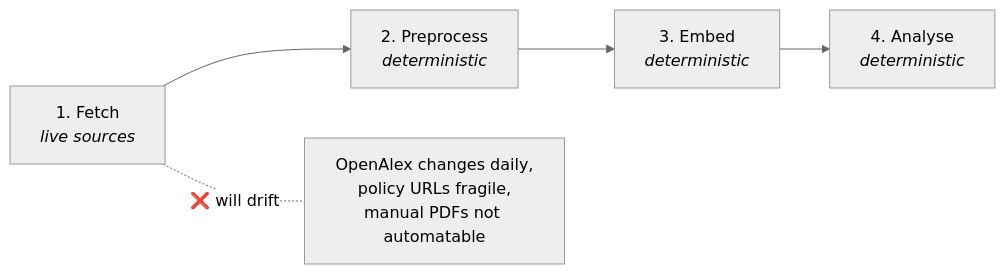
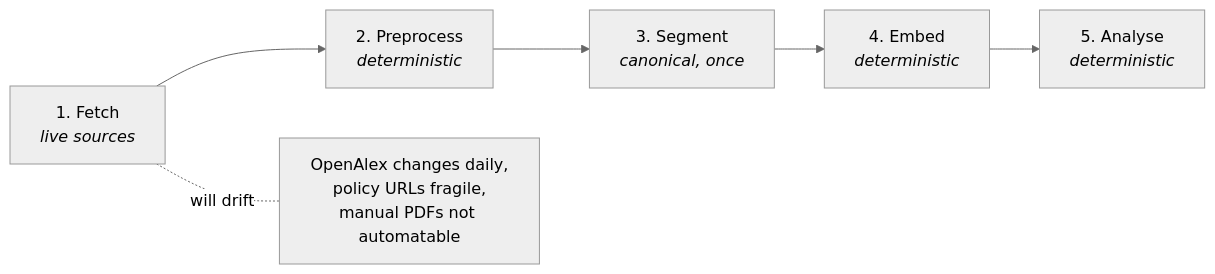
Before and after one commit to qmanhbeo/msc-dissertation-leo: the second of 2 diagrams in README.md, drawn with Mermaid (neutral theme). The commit also changed other lines of this file and 1 other file, not shown here.

First line of the commit message:
Fix README stale flags, paths, mermaid syntax, and counts

````diff
--- a/README.md
+++ b/README.md
@@ -220,7 +222,8 @@
 ```mermaid
 flowchart LR
     Fetch["1. Fetch<br><em>live sources</em>"] --> Preproc["2. Preprocess<br><em>deterministic</em>"]
-    Preproc --> Embed["3. Embed<br><em>deterministic</em>"]
-    Embed --> Analyse["4. Analyse<br><em>deterministic</em>"]
-    Fetch -.-|"❌ will drift"| Note["OpenAlex changes daily,<br>policy URLs fragile,<br>manual PDFs not automatable"]
+    Preproc --> Seg["3. Segment<br><em>canonical, once</em>"]
+    Seg --> Embed["4. Embed<br><em>deterministic</em>"]
+    Embed --> Analyse["5. Analyse<br><em>deterministic</em>"]
+    Fetch -.-|"will drift"| Note["OpenAlex changes daily,<br>policy URLs fragile,<br>manual PDFs not automatable"]
 ```
````
